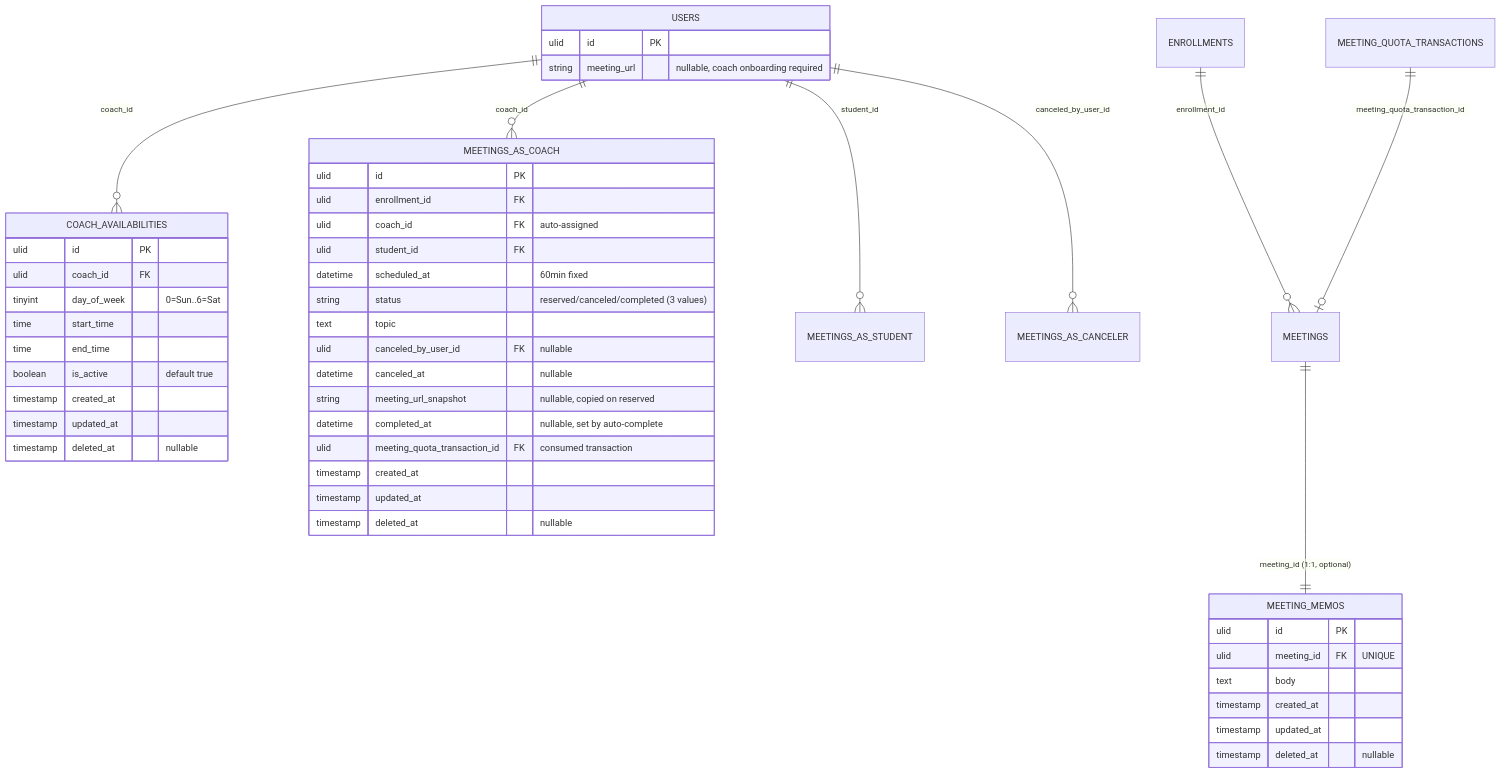
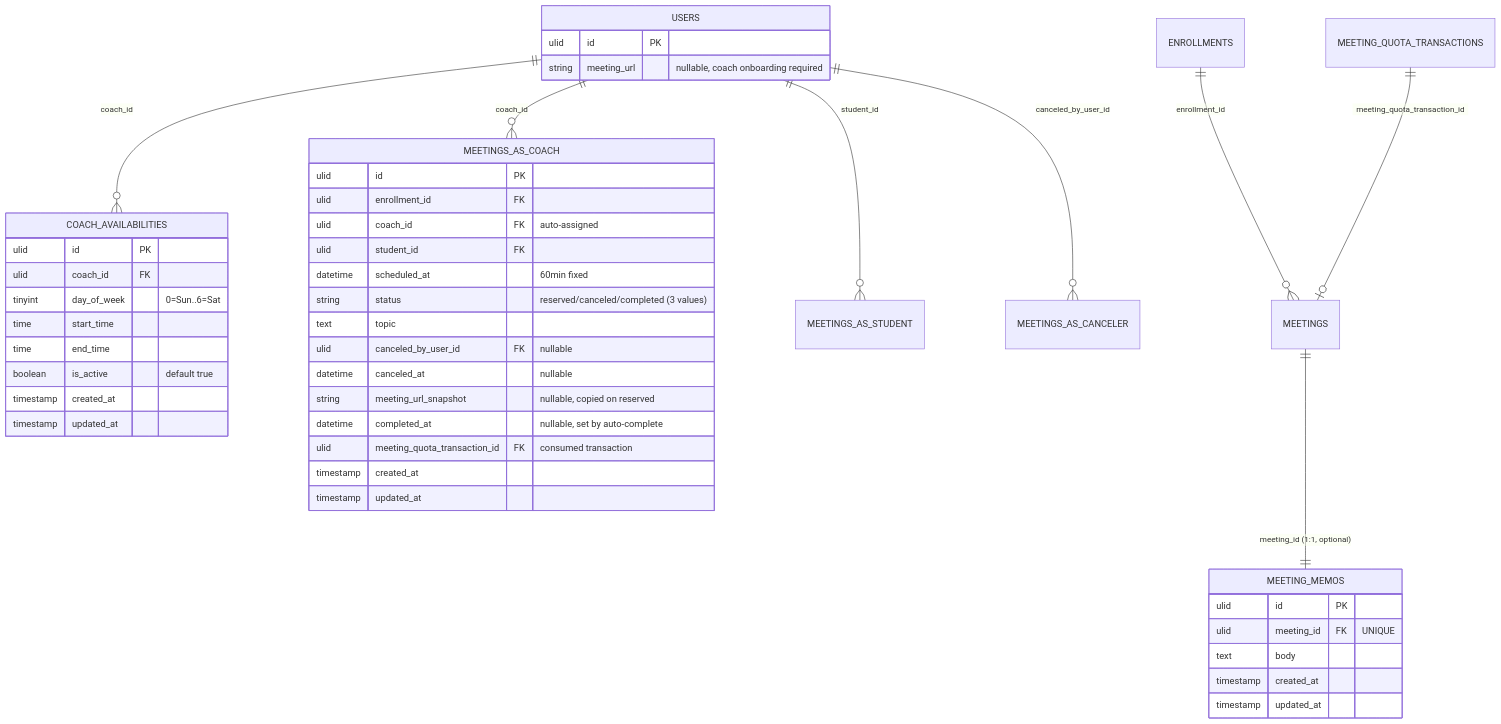
One commit to coachtech-mockcase-second/ExampleAnswer-mockcase-CertifyLMS changed the fourth of 5 diagrams in docs/specs/mentoring/design.md. Above: the diagram before and after it, drawn with Mermaid. The commit also changed other lines of this file and 202 other files, not shown here.

````diff
--- a/docs/specs/mentoring/design.md
+++ b/docs/specs/mentoring/design.md
@@ -123,51 +123,48 @@
 ```mermaid
 erDiagram
     USERS ||--o{ COACH_AVAILABILITIES : "coach_id"
     USERS ||--o{ MEETINGS_AS_COACH : "coach_id"
     USERS ||--o{ MEETINGS_AS_STUDENT : "student_id"
     USERS ||--o{ MEETINGS_AS_CANCELER : "canceled_by_user_id"
     ENROLLMENTS ||--o{ MEETINGS : "enrollment_id"
     MEETINGS ||--|| MEETING_MEMOS : "meeting_id (1:1, optional)"
     MEETING_QUOTA_TRANSACTIONS ||--o| MEETINGS : "meeting_quota_transaction_id"
 
     USERS {
         ulid id PK
         string meeting_url "nullable, coach onboarding required"
     }
     COACH_AVAILABILITIES {
         ulid id PK
         ulid coach_id FK
         tinyint day_of_week "0=Sun..6=Sat"
         time start_time
         time end_time
         boolean is_active "default true"
         timestamp created_at
         timestamp updated_at
-        timestamp deleted_at "nullable"
     }
     MEETINGS_AS_COACH {
         ulid id PK
         ulid enrollment_id FK
         ulid coach_id FK "auto-assigned"
         ulid student_id FK
         datetime scheduled_at "60min fixed"
         string status "reserved/canceled/completed (3 values)"
         text topic
         ulid canceled_by_user_id FK "nullable"
         datetime canceled_at "nullable"
         string meeting_url_snapshot "nullable, copied on reserved"
         datetime completed_at "nullable, set by auto-complete"
         ulid meeting_quota_transaction_id FK "consumed transaction"
         timestamp created_at
         timestamp updated_at
-        timestamp deleted_at "nullable"
     }
     MEETING_MEMOS {
         ulid id PK
         ulid meeting_id FK "UNIQUE"
         text body
         timestamp created_at
         timestamp updated_at
-        timestamp deleted_at "nullable"
     }
 ```
````
